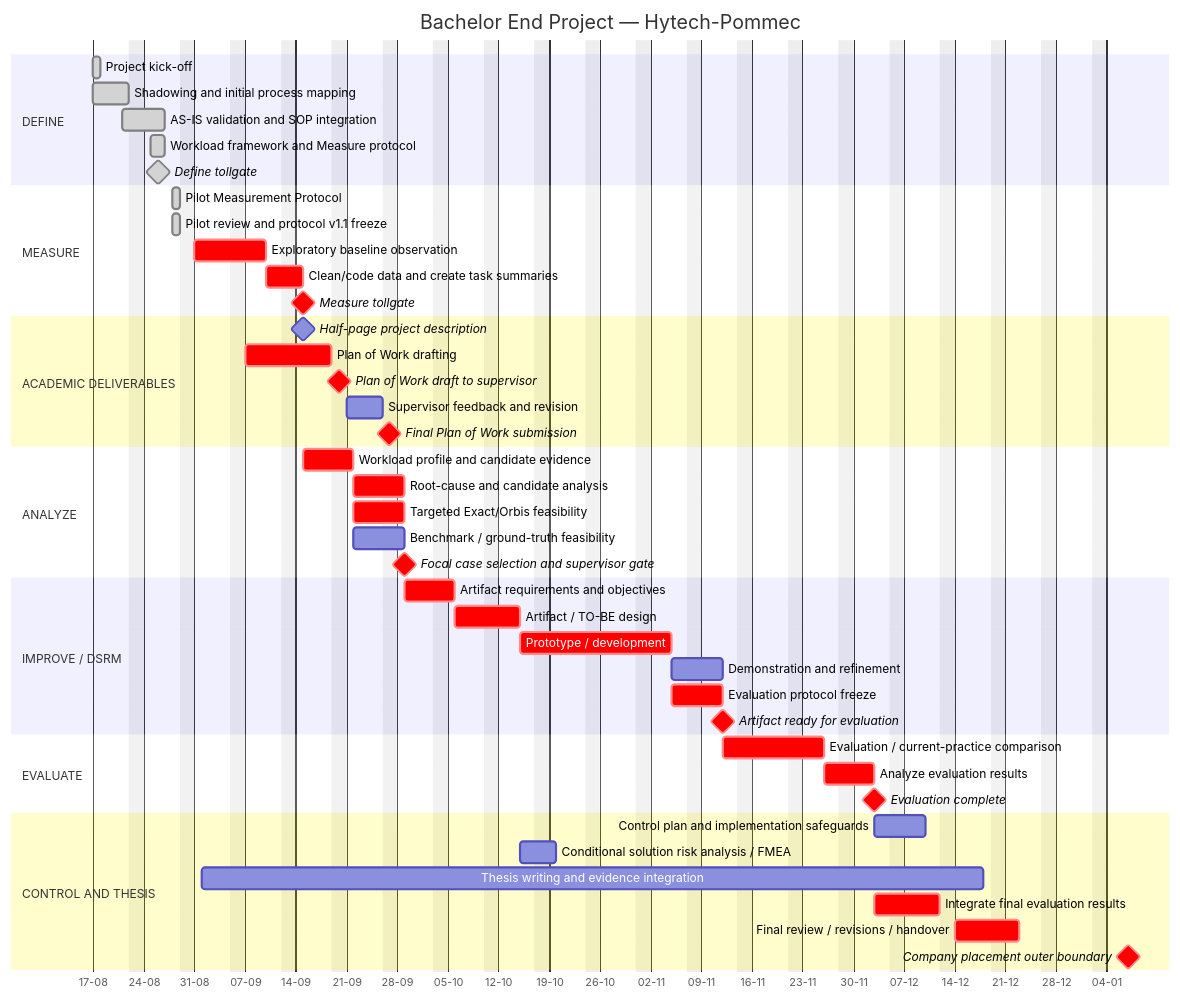
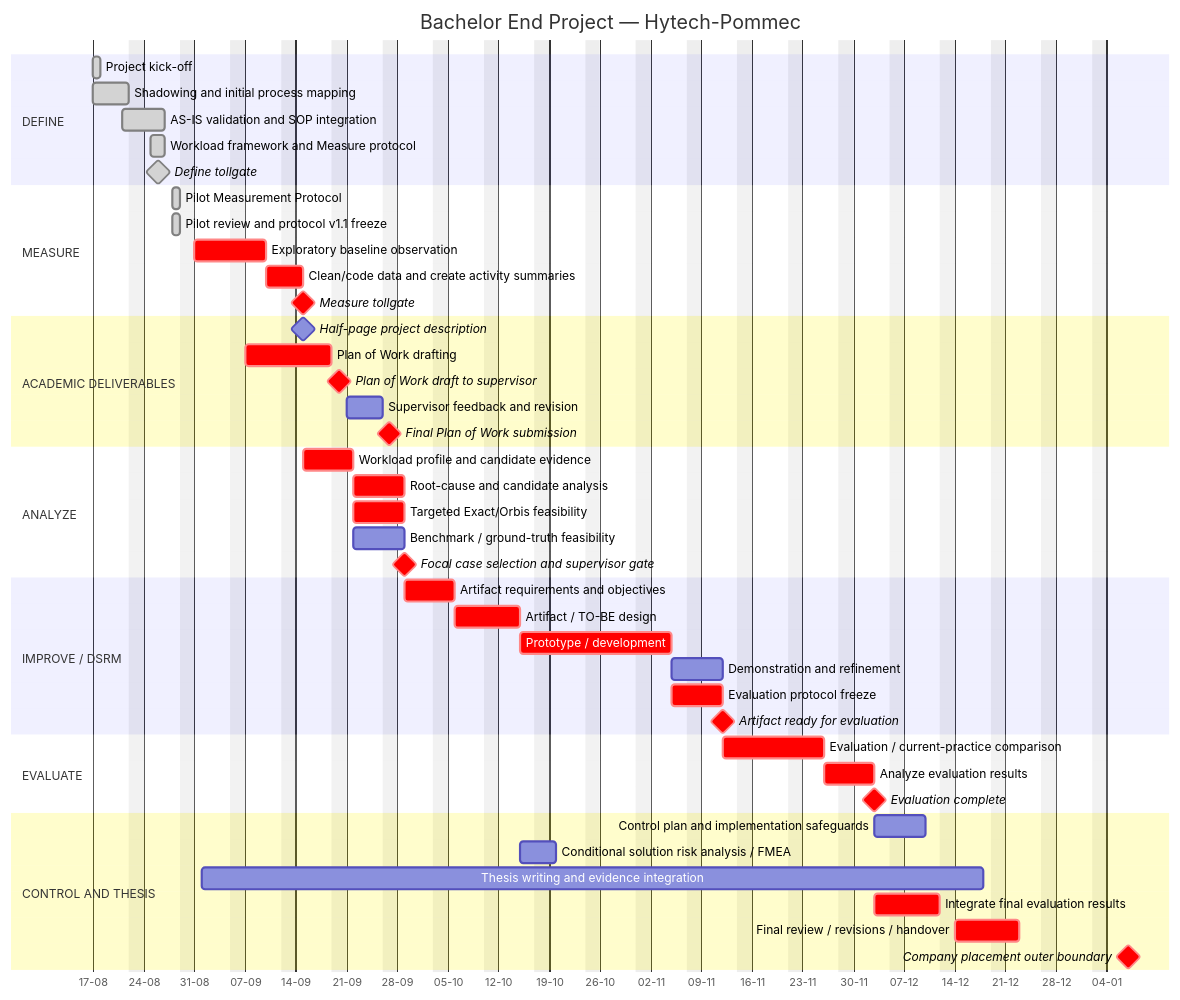
The diagram in docs/Project_Timeline.md (Luuuuuig/Bachelor-End-Project), drawn with Mermaid before and after one commit. The commit also changed other lines of this file, not shown here.

Commit message:
Align Measure timeline wording with activity-family baseline

````diff
--- a/docs/Project_Timeline.md
+++ b/docs/Project_Timeline.md
@@ -24,58 +24,58 @@
 ```mermaid
 gantt
     title Bachelor End Project — Hytech-Pommec
     dateFormat  YYYY-MM-DD
     axisFormat  %d-%m
     tickInterval 1week
     weekday monday
     excludes    weekends
 
     section DEFINE
     Project kick-off                         :done, d1, 2026-08-17, 1d
     Shadowing and initial process mapping    :done, d2, 2026-08-17, 5d
     AS-IS validation and SOP integration     :done, d3, 2026-08-21, 4d
     Workload framework and Measure protocol  :done, d4, 2026-08-25, 2d
     Define tollgate                          :milestone, done, dm, 2026-08-26, 0d
 
     section MEASURE
     Pilot Measurement Protocol               :done, m1, 2026-08-28, 1d
     Pilot review and protocol v1.1 freeze    :done, m2, 2026-08-28, 1d
     Exploratory baseline observation         :crit, m3, 2026-08-31, 8d
-    Clean/code data and create task summaries:crit, m4, after m3, 3d
+    Clean/code data and create activity summaries:crit, m4, after m3, 3d
     Measure tollgate                         :milestone, crit, mm, after m4, 0d
 
     section ACADEMIC DELIVERABLES
     Half-page project description            :milestone, ad1, 2026-09-15, 0d
     Plan of Work drafting                    :crit, ad2, 2026-09-07, 10d
     Plan of Work draft to supervisor         :milestone, crit, ad3, 2026-09-20, 0d
     Supervisor feedback and revision         :ad4, 2026-09-21, 5d
     Final Plan of Work submission            :milestone, crit, ad5, 2026-09-27, 0d
 
     section ANALYZE
     Workload profile and candidate evidence  :crit, a1, after m4, 5d
     Root-cause and candidate analysis        :crit, a2, after a1, 5d
     Targeted Exact/Orbis feasibility         :crit, a3, after a1, 5d
     Benchmark / ground-truth feasibility     :a4, after a1, 5d
     Focal case selection and supervisor gate :milestone, crit, a5, after a2 a3 a4, 0d
 
     section IMPROVE / DSRM
     Artifact requirements and objectives     :crit, i1, after a5, 5d
     Artifact / TO-BE design                  :crit, i2, after i1, 7d
     Prototype / development                  :crit, i3, after i2, 15d
     Demonstration and refinement             :i4, after i3, 5d
     Evaluation protocol freeze               :crit, i5, after i3, 5d
     Artifact ready for evaluation            :milestone, crit, i6, after i4 i5, 0d
 
     section EVALUATE
     Evaluation / current-practice comparison :crit, e1, after i6, 10d
     Analyze evaluation results               :crit, e2, after e1, 5d
     Evaluation complete                      :milestone, crit, e3, after e2, 0d
 
     section CONTROL AND THESIS
     Control plan and implementation safeguards:c1, after e2, 5d
     Conditional solution risk analysis / FMEA:c2, after i2, 3d
     Thesis writing and evidence integration  :t1, 2026-09-01, 2026-12-18
     Integrate final evaluation results        :crit, t2, after e2, 7d
     Final review / revisions / handover       :crit, t3, after t2, 7d
     Company placement outer boundary          :milestone, crit, t4, 2027-01-07, 0d
 ```
````
